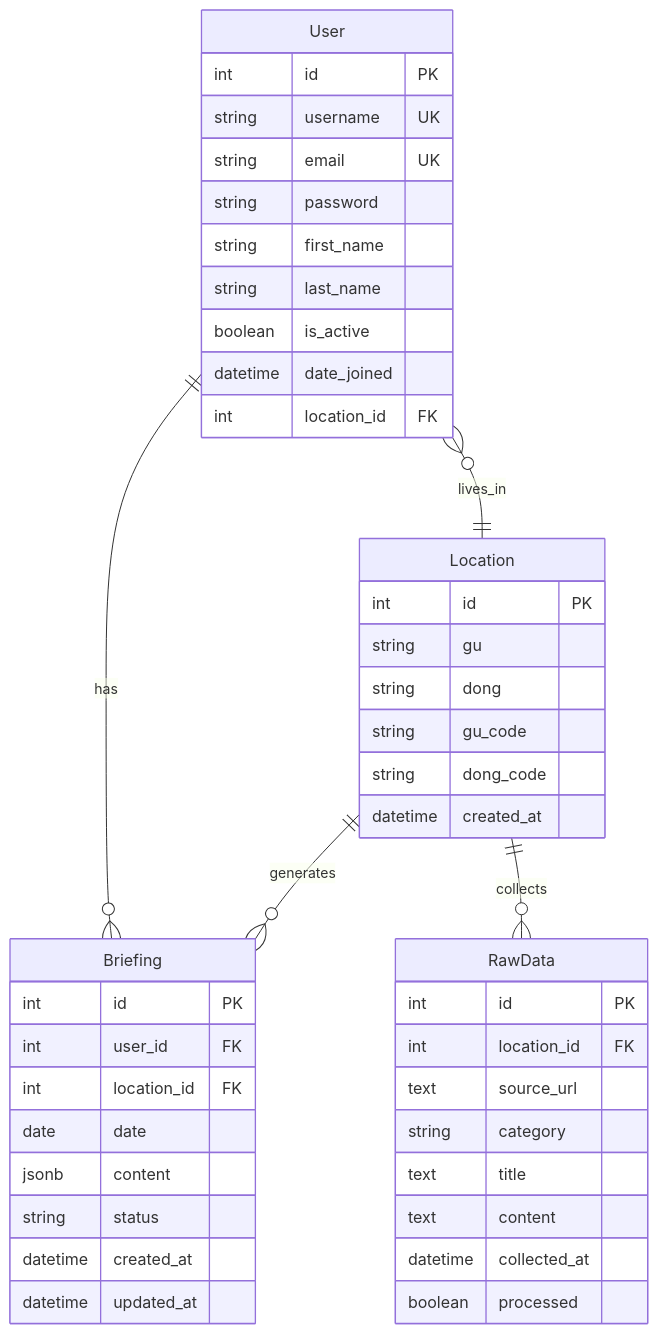
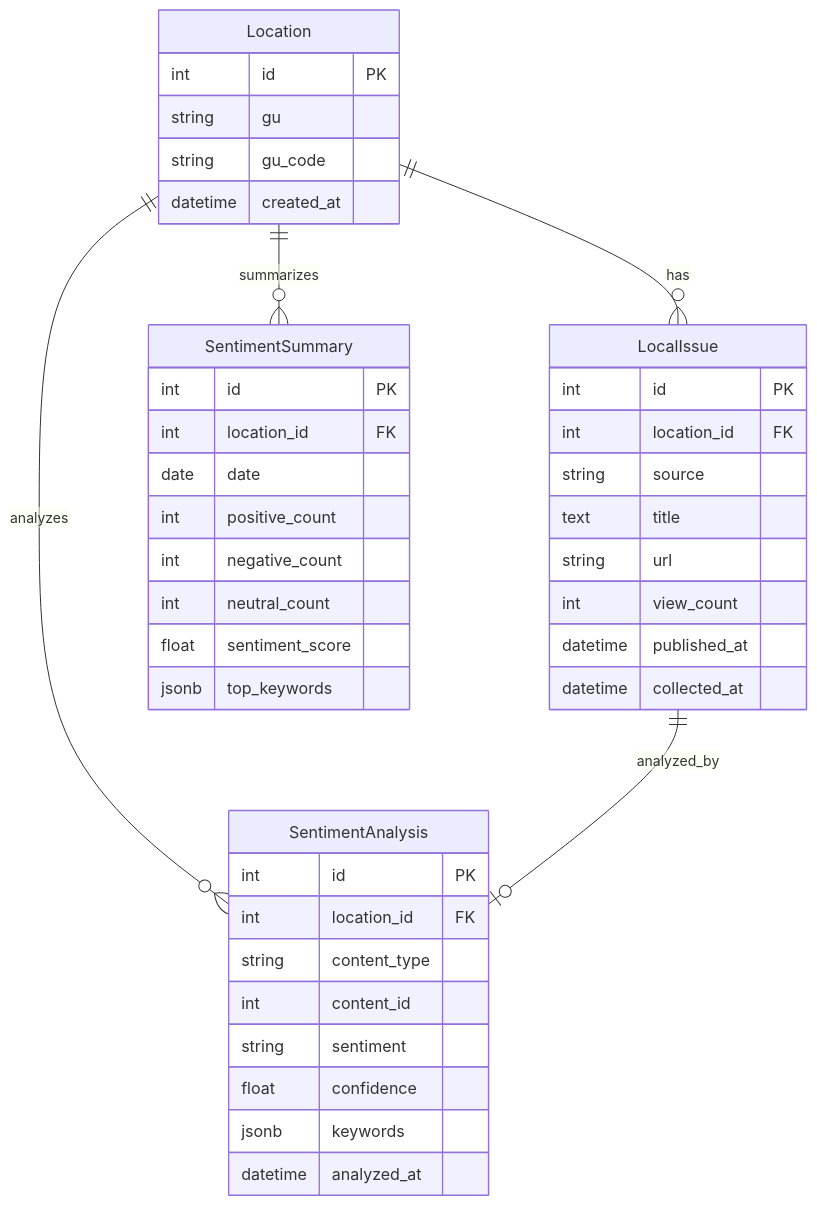
One commit to chhezue/team36-aws-hackathon changed the first of 2 diagrams in docs/DATABASE.md. Above: the diagram before and after it, drawn with Mermaid. The commit also changed other lines of this file and 129 other files, not shown here.

````diff
--- a/docs/DATABASE.md
+++ b/docs/DATABASE.md
@@ -301,50 +189,47 @@
 ```mermaid
 erDiagram
-    User {
-        int id PK
-        string username UK
-        string email UK
-        string password
-        string first_name
-        string last_name
-        boolean is_active
-        datetime date_joined
-        int location_id FK
-    }
-    
     Location {
         int id PK
         string gu
-        string dong
         string gu_code
-        string dong_code
         datetime created_at
     }
     
-    Briefing {
+    LocalIssue {
         int id PK
-        int user_id FK
+        int location_id FK
+        string source
+        text title
+        string url
+        int view_count
+        datetime published_at
+        datetime collected_at
+    }
+    
+    SentimentAnalysis {
+        int id PK
+        int location_id FK
+        string content_type
+        int content_id
+        string sentiment
+        float confidence
+        jsonb keywords
+        datetime analyzed_at
+    }
+    
+    SentimentSummary {
+        int id PK
         int location_id FK
         date date
-        jsonb content
-        string status
-        datetime created_at
-        datetime updated_at
+        int positive_count
+        int negative_count
+        int neutral_count
+        float sentiment_score
+        jsonb top_keywords
     }
     
-    RawData {
-        int id PK
-        int location_id FK
-        text source_url
-        string category
-        text title
-        text content
-        datetime collected_at
-        boolean processed
-    }
-    
-    User ||--o{ Briefing : "has"
-    User }o--|| Location : "lives_in"
-    Location ||--o{ Briefing : "generates"
-    Location ||--o{ RawData : "collects"
+    Location ||--o{ LocalIssue : "has"
+    Location ||--o{ SentimentAnalysis : "analyzes"
+    Location ||--o{ SentimentSummary : "summarizes"
+    LocalIssue ||--o| SentimentAnalysis : "analyzed_by"
 ```
````
